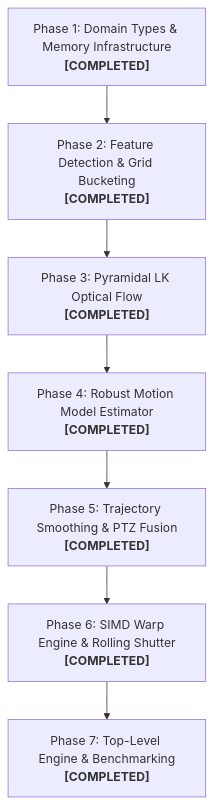
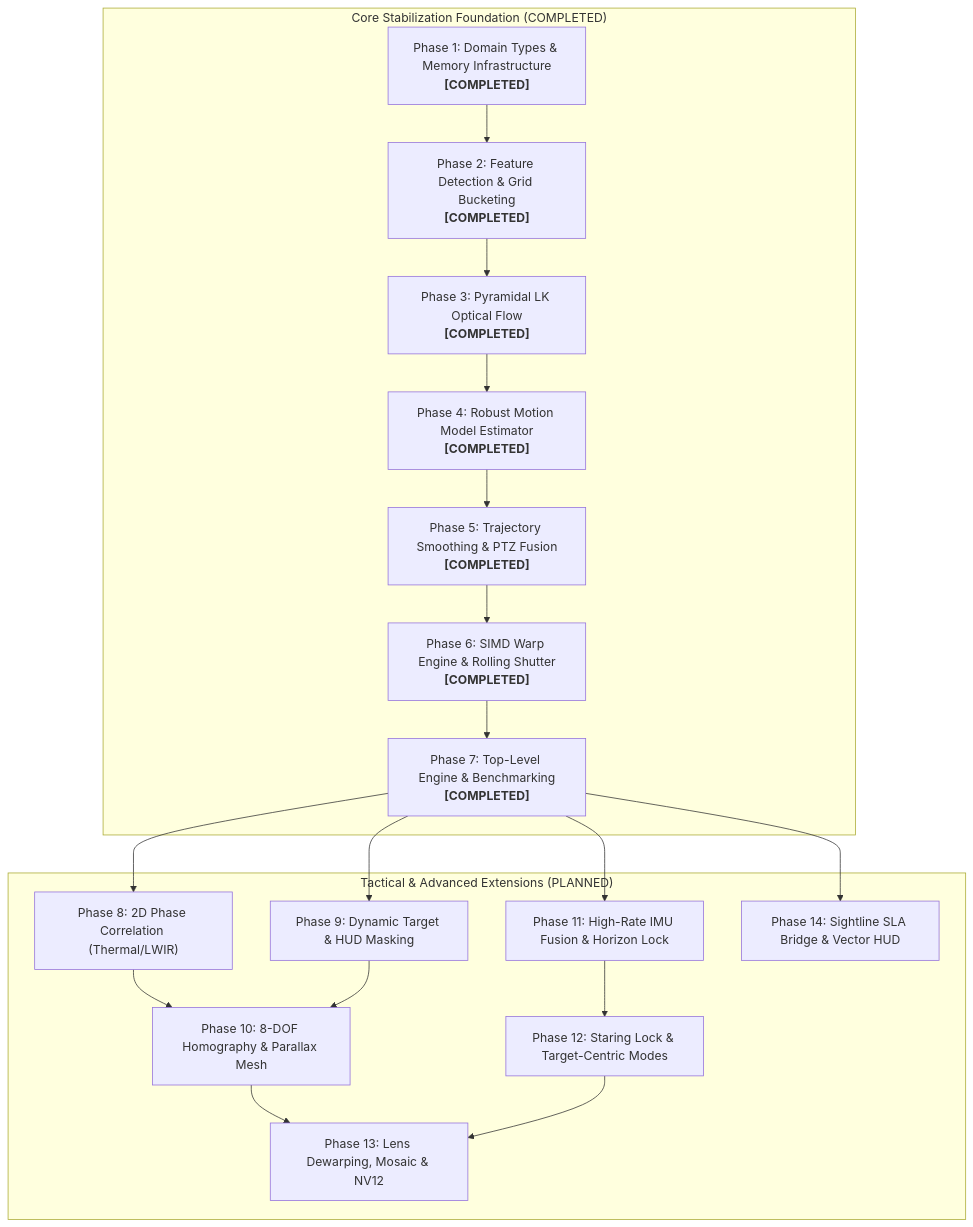
Before and after one commit to svagionitis/PelcoD-Controller: the third of 3 diagrams in docs/stabilizer_implementation_plan.md, drawn with Mermaid. The commit also changed other lines of this file, not shown here.

First line of the commit message:
docs(stabilizer): expand roadmap with phases 8-14

````diff
--- a/docs/stabilizer_implementation_plan.md
+++ b/docs/stabilizer_implementation_plan.md
@@ -345,9 +467,21 @@
 ```mermaid
 flowchart TD
-    P1["Phase 1: Domain Types & Memory Infrastructure<br/><b>[COMPLETED]</b>"] --> P2["Phase 2: Feature Detection & Grid Bucketing<br/><b>[COMPLETED]</b>"]
-    P2 --> P3["Phase 3: Pyramidal LK Optical Flow<br/><b>[COMPLETED]</b>"]
-    P3 --> P4["Phase 4: Robust Motion Model Estimator<br/><b>[COMPLETED]</b>"]
-    P4 --> P5["Phase 5: Trajectory Smoothing & PTZ Fusion<br/><b>[COMPLETED]</b>"]
-    P5 --> P6["Phase 6: SIMD Warp Engine & Rolling Shutter<br/><b>[COMPLETED]</b>"]
-    P6 --> P7["Phase 7: Top-Level Engine & Benchmarking<br/><b>[COMPLETED]</b>"]
+    subgraph CoreFoundation["Core Stabilization Foundation (COMPLETED)"]
+        P1["Phase 1: Domain Types & Memory Infrastructure<br/><b>[COMPLETED]</b>"] --> P2["Phase 2: Feature Detection & Grid Bucketing<br/><b>[COMPLETED]</b>"]
+        P2 --> P3["Phase 3: Pyramidal LK Optical Flow<br/><b>[COMPLETED]</b>"]
+        P3 --> P4["Phase 4: Robust Motion Model Estimator<br/><b>[COMPLETED]</b>"]
+        P4 --> P5["Phase 5: Trajectory Smoothing & PTZ Fusion<br/><b>[COMPLETED]</b>"]
+        P5 --> P6["Phase 6: SIMD Warp Engine & Rolling Shutter<br/><b>[COMPLETED]</b>"]
+        P6 --> P7["Phase 7: Top-Level Engine & Benchmarking<br/><b>[COMPLETED]</b>"]
+    end
+
+    subgraph Extensions["Tactical & Advanced Extensions (PLANNED)"]
+        P7 --> P8["Phase 8: 2D Phase Correlation (Thermal/LWIR)"]
+        P7 --> P9["Phase 9: Dynamic Target & HUD Masking"]
+        P8 & P9 --> P10["Phase 10: 8-DOF Homography & Parallax Mesh"]
+        P7 --> P11["Phase 11: High-Rate IMU Fusion & Horizon Lock"]
+        P11 --> P12["Phase 12: Staring Lock & Target-Centric Modes"]
+        P10 & P12 --> P13["Phase 13: Lens Dewarping, Mosaic & NV12"]
+        P7 --> P14["Phase 14: Sightline SLA Bridge & Vector HUD"]
+    end
 ```
````
